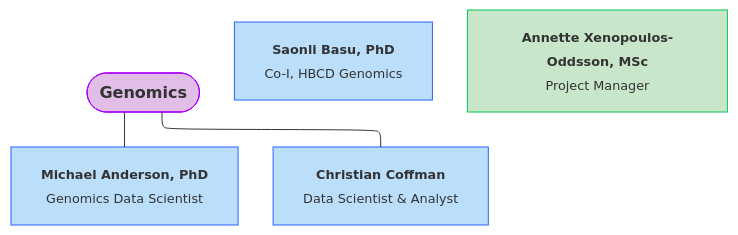
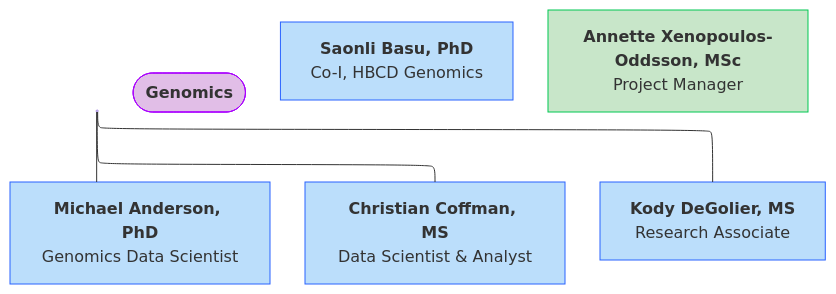
The diagram in docs/orgcharts/mermaid/midb-analytics.mmd (DCAN-Labs/hbcd-docs-internal), drawn with Mermaid before and after one commit. The commit also changed other lines of this file and 2 other files, not shown here.

Commit message:
update MIDB analytics org chart per group request

```diff
--- a/docs/orgcharts/mermaid/midb-analytics.mmd
+++ b/docs/orgcharts/mermaid/midb-analytics.mmd
@@ -1,17 +1,23 @@
 ---
 config:
   layout: elk
 ---
 flowchart TB
-    n3(["<b>Genomics</b>"]) --- G@{ label: "<span style=\"font-size: 80%\"><b>Michael Anderson, PhD</b><br>Genomics Data Scientist<br></span>" } & n5@{ label: "<span style=\"font-size: 80%\"><b>Christian Coffman</b><br>Data Scientist &amp; Analyst</span>" }
-    E@{ label: "<span style=\"font-size: 80%\"><b>Saonli Basu, PhD</b><br>Co-I, HBCD Genomics</span>" }
-    n4@{ label: "<span style=\"font-size: 80%\"><b>Annette Xenopoulos-Oddsson, MSc</b><br>Project Manager</span>" }
+    n3["<b>Genomics</b>"] --- G["<span><b>Michael Anderson, PhD</b><br>Genomics Data Scientist<br></span>"] & n5["<span><b>Christian Coffman, MS</b><br>Data Scientist &amp; Analyst</span>"] & n6["<span><b>Kody DeGolier, MS<br></b>Research Associate</span>"]
+    n7(["<b>Genomics</b>"]) --> G
+    E["<span><b>Saonli Basu, PhD</b><br>Co-I, HBCD Genomics</span>"]
+    n4["<span><b>Annette Xenopoulos-Oddsson, MSc</b><br>Project Manager</span>"]
+    n3@{ shape: anchor}
     G@{ shape: rect}
     n5@{ shape: rect}
+    n6@{ shape: rect}
     E@{ shape: rect}
     n4@{ shape: rect}
     style n3 fill:#E1BEE7,stroke:#AA00FF
     style G fill:#BBDEFB,stroke:#2962FF
     style n5 fill:#BBDEFB,stroke:#2962FF
+    style n6 fill:#BBDEFB,stroke:#2962FF
+    style n7 fill:#E1BEE7,stroke:#AA00FF
     style E fill:#BBDEFB,stroke:#2962FF
     style n4 fill:#C8E6C9,stroke:#00C853
+    linkStyle 3 stroke:none
```
